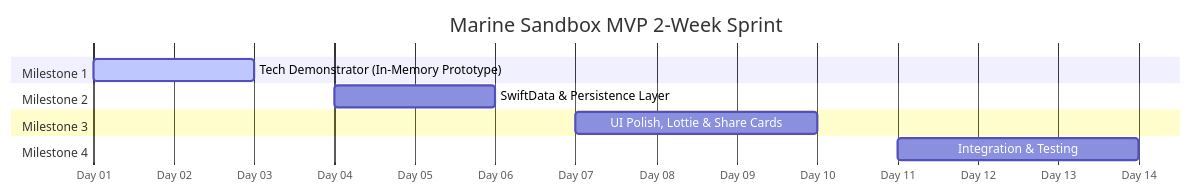
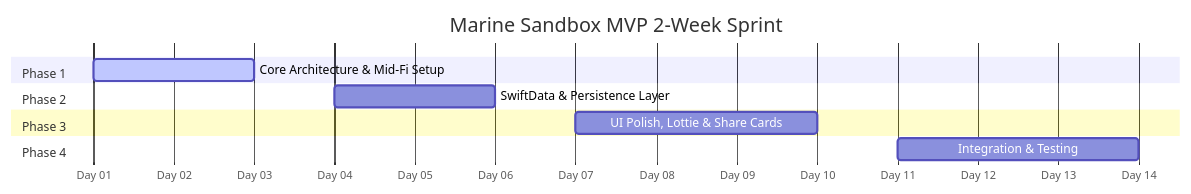
The diagram in Documentation/sprint_task_breakdown.md (Renoceros/marinesandbox), drawn with Mermaid before and after one commit. The commit also changed other lines of this file and 1 other file, not shown here.

Commit message:
docs: Streamline sprint calendar to skip TechDemo, update team roles, and add 2D canvas physics specifications

````diff
--- a/Documentation/sprint_task_breakdown.md
+++ b/Documentation/sprint_task_breakdown.md
@@ -19,18 +19,18 @@
 ```mermaid
 gantt
     title Marine Sandbox MVP 2-Week Sprint
     dateFormat  D
     axisFormat Day %d
     
-    section Milestone 1
-    Tech Demonstrator (In-Memory Prototype) :active, 1, 3
+    section Phase 1
+    Core Architecture & Mid-Fi Setup :active, 1, 3
     
-    section Milestone 2
+    section Phase 2
     SwiftData & Persistence Layer : 4, 6
     
-    section Milestone 3
+    section Phase 3
     UI Polish, Lottie & Share Cards : 7, 10
     
-    section Milestone 4
+    section Phase 4
     Integration & Testing : 11, 14
 ```
````
